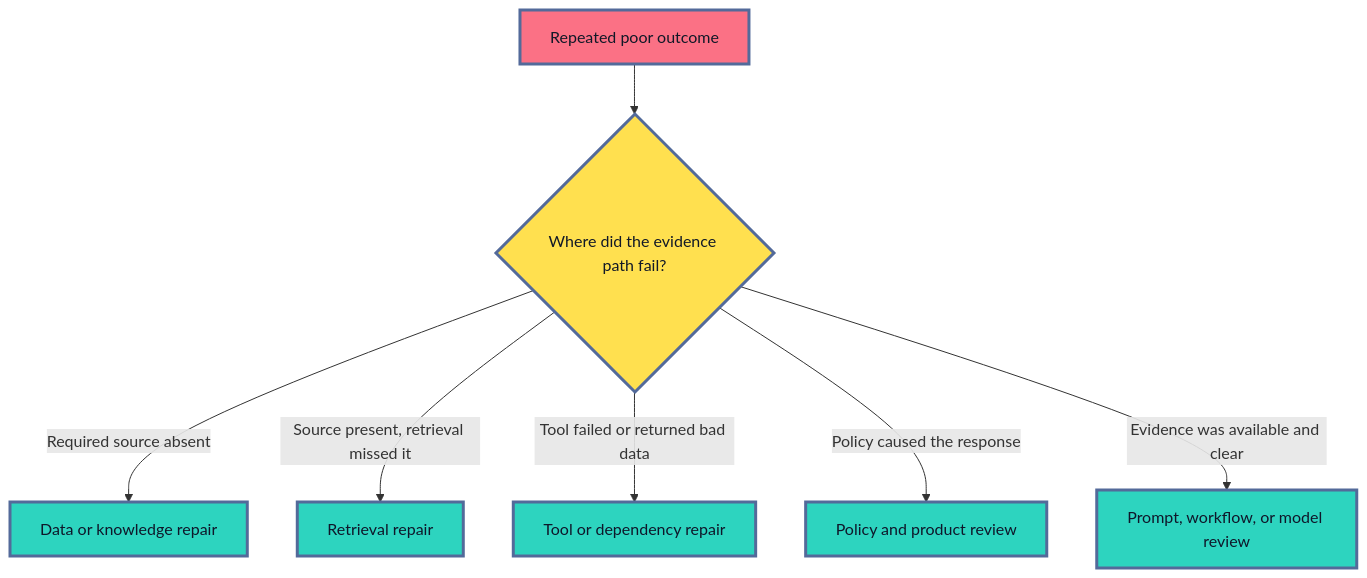
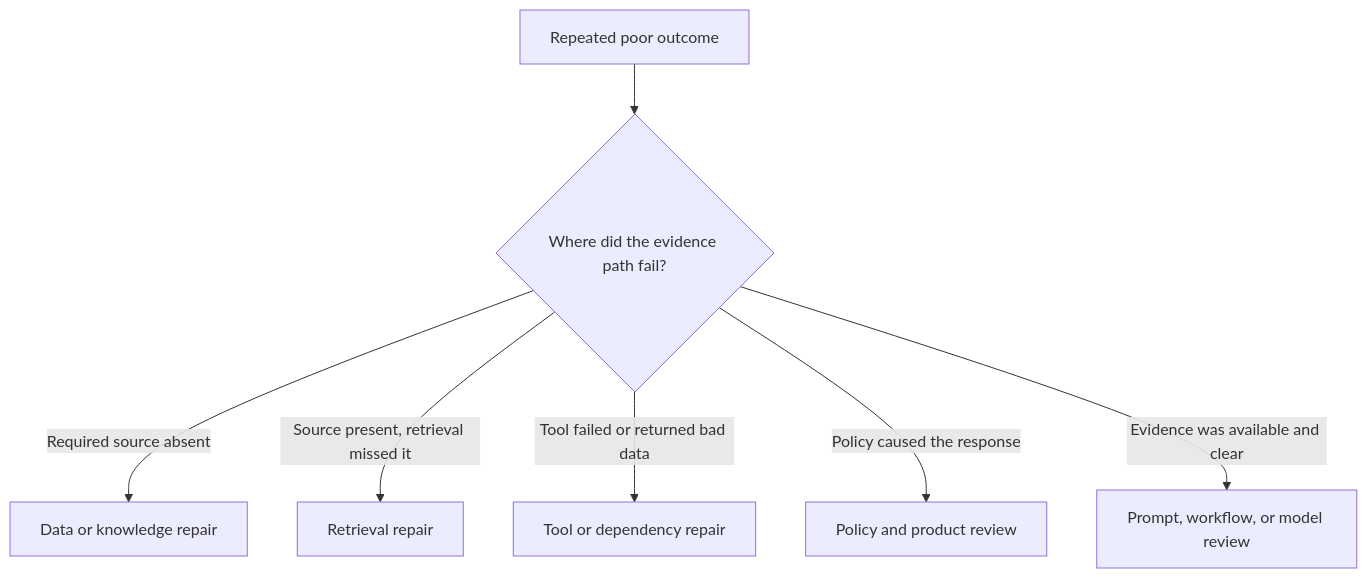
Before and after one commit to senlinyy/dev-roadmaps: the fourth of 7 diagrams in roadmaps/mlops/modules/llmops/adaptation-and-feedback/02-production-feedback-and-eval-flywheel.md, drawn with Mermaid. The commit also changed other lines of this file and 152 other files, not shown here.

Commit message:
feat: mlops and diagrams updated

````diff
--- a/roadmaps/mlops/modules/llmops/adaptation-and-feedback/02-production-feedback-and-eval-flywheel.md
+++ b/roadmaps/mlops/modules/llmops/adaptation-and-feedback/02-production-feedback-and-eval-flywheel.md
@@ -271,16 +260,13 @@
 ```mermaid
 flowchart TD
     A["Repeated poor outcome"] --> B{"Where did the evidence path fail?"}
     B -->|"Required source absent"| C["Data or knowledge repair"]
     B -->|"Source present, retrieval missed it"| D["Retrieval repair"]
     B -->|"Tool failed or returned bad data"| E["Tool or dependency repair"]
     B -->|"Policy caused the response"| F["Policy and product review"]
     B -->|"Evidence was available and clear"| G["Prompt, workflow, or model review"]
 
-    classDef problem fill:#FB7185,stroke:#536A9A,stroke-width:3px,color:#111827
-    classDef decision fill:#FFE04F,stroke:#536A9A,stroke-width:3px,color:#111827
-    classDef repair fill:#2DD4BF,stroke:#536A9A,stroke-width:3px,color:#0F172A
     class A problem
     class B decision
     class C,D,E,F,G repair
 ```
````
